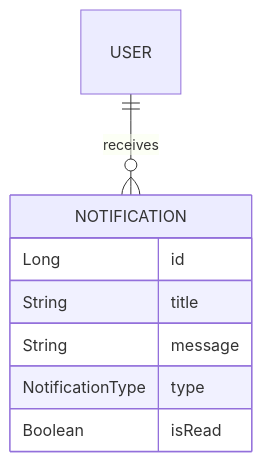
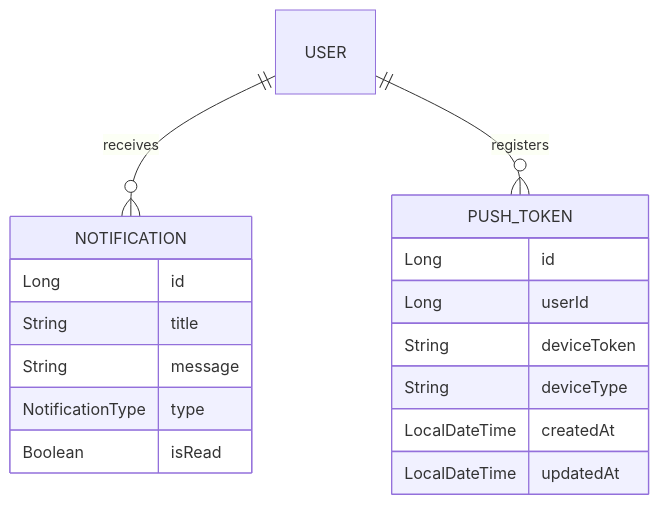
Before and after one commit to Sherllgen/DATN: the second of 3 diagrams in evgo/docs/walkthrough-notification-module.md, drawn with Mermaid. The commit also changed other lines of this file and 10 other files, not shown here.

````diff
--- a/evgo/docs/walkthrough-notification-module.md
+++ b/evgo/docs/walkthrough-notification-module.md
@@ -41,12 +49,22 @@
 ```mermaid
 erDiagram
     USER ||--o{ NOTIFICATION : receives
+    USER ||--o{ PUSH_TOKEN : registers
 
     NOTIFICATION {
         Long id
         String title
         String message
         NotificationType type
         Boolean isRead
     }
+
+    PUSH_TOKEN {
+        Long id
+        Long userId
+        String deviceToken
+        String deviceType
+        LocalDateTime createdAt
+        LocalDateTime updatedAt
+    }
 ```
````
